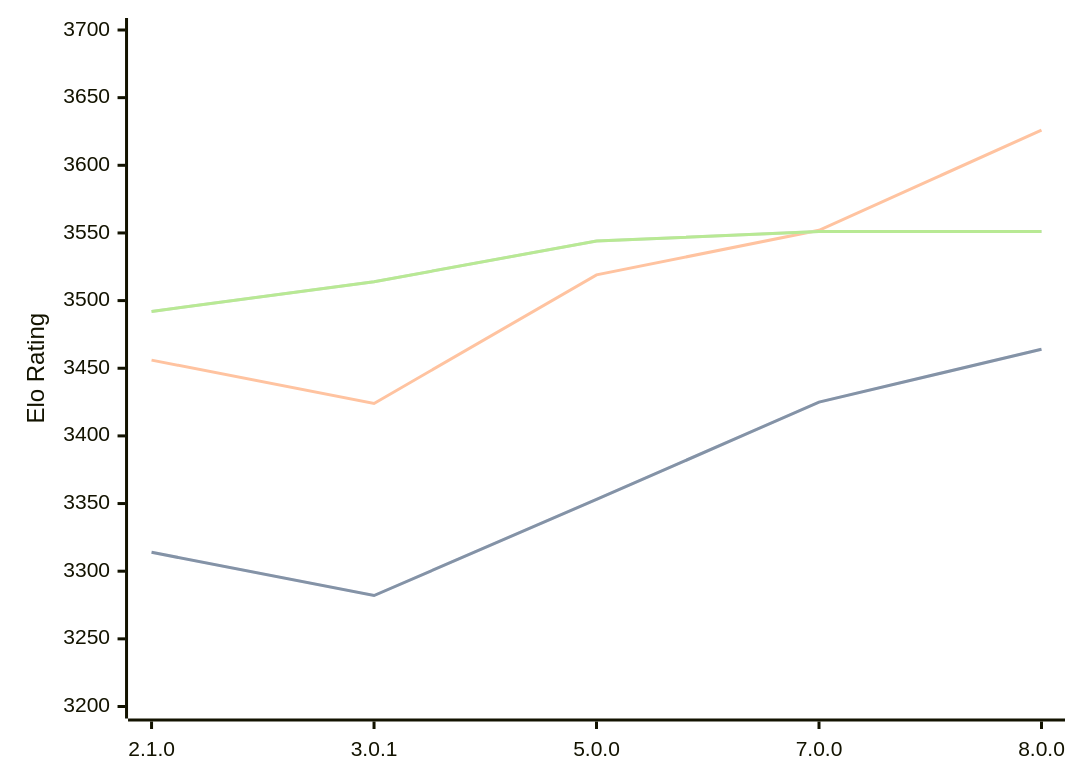
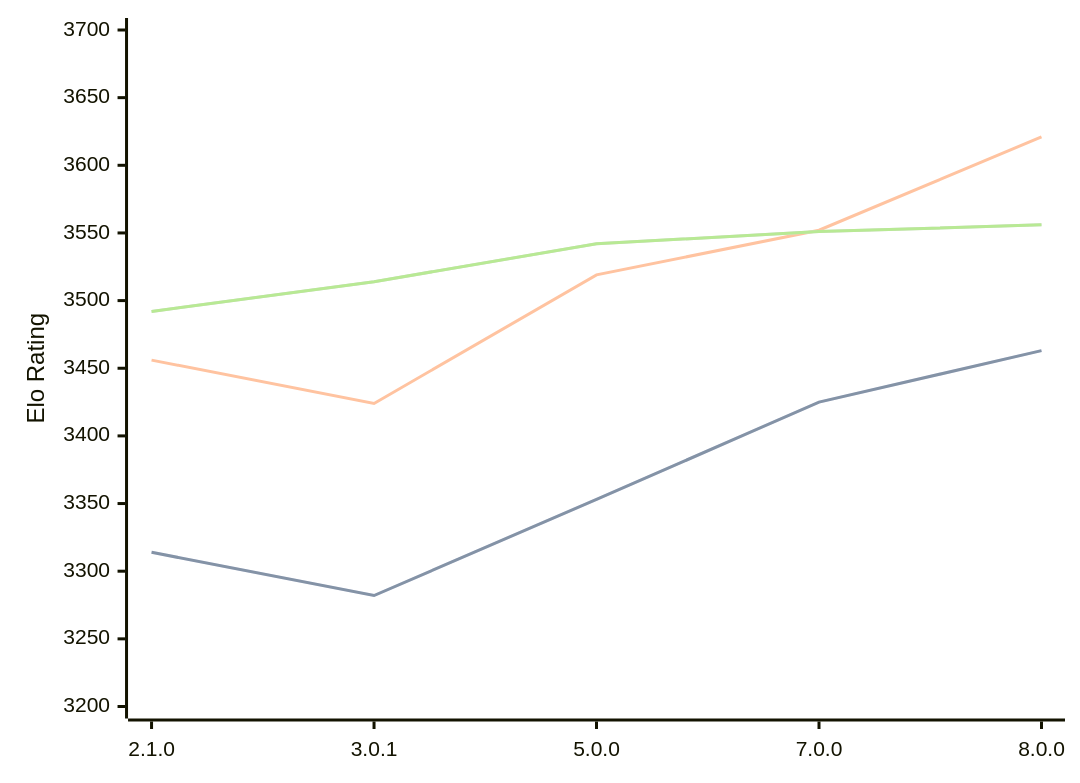
The first of 3 diagrams in engines/PlentyChess.md (computer-chess-index/cci), drawn with Mermaid before and after one commit. The commit also changed other lines of this file, not shown here.

Commit message:
Update CCI Ratings (ELO VLTC) - 2026-07-06

````diff
--- a/engines/PlentyChess.md
+++ b/engines/PlentyChess.md
@@ -46,11 +46,11 @@
 ```mermaid
 %%{init: {"theme":"base","themeVariables":{"seriesColors:['#a3a3a3','#222221','#faa371']}}}%%
 xychart-beta
   x-axis ["2.1.0", "3.0.1", "5.0.0", "7.0.0", "8.0.0"]
   y-axis "Elo Rating" 3200 --> 3700
-  line "STC (8.0+0.08s)" [3314, 3282, 3353, 3425, 3464]
-  line "STC (8.0+0.08s)" [3314, 3282, 3353, 3425, 3464]
-  line "LTC (60.0+0.60s)" [3456, 3424, 3519, 3552, 3626]
-  line "VLTC (2m24s+1.12s)" [3492, 3514, 3544, 3551, 3551]
-  line "VLTC (2m24s+1.12s)" [3492, 3514, 3544, 3551, 3551]
+  line "STC (8.0+0.08s)" [3314, 3282, 3353, 3425, 3463]
+  line "STC (8.0+0.08s)" [3314, 3282, 3353, 3425, 3463]
+  line "LTC (60.0+0.60s)" [3456, 3424, 3519, 3552, 3621]
+  line "VLTC (2m24s+1.12s)" [3492, 3514, 3542, 3551, 3556]
+  line "VLTC (2m24s+1.12s)" [3492, 3514, 3542, 3551, 3556]
 ```
````
